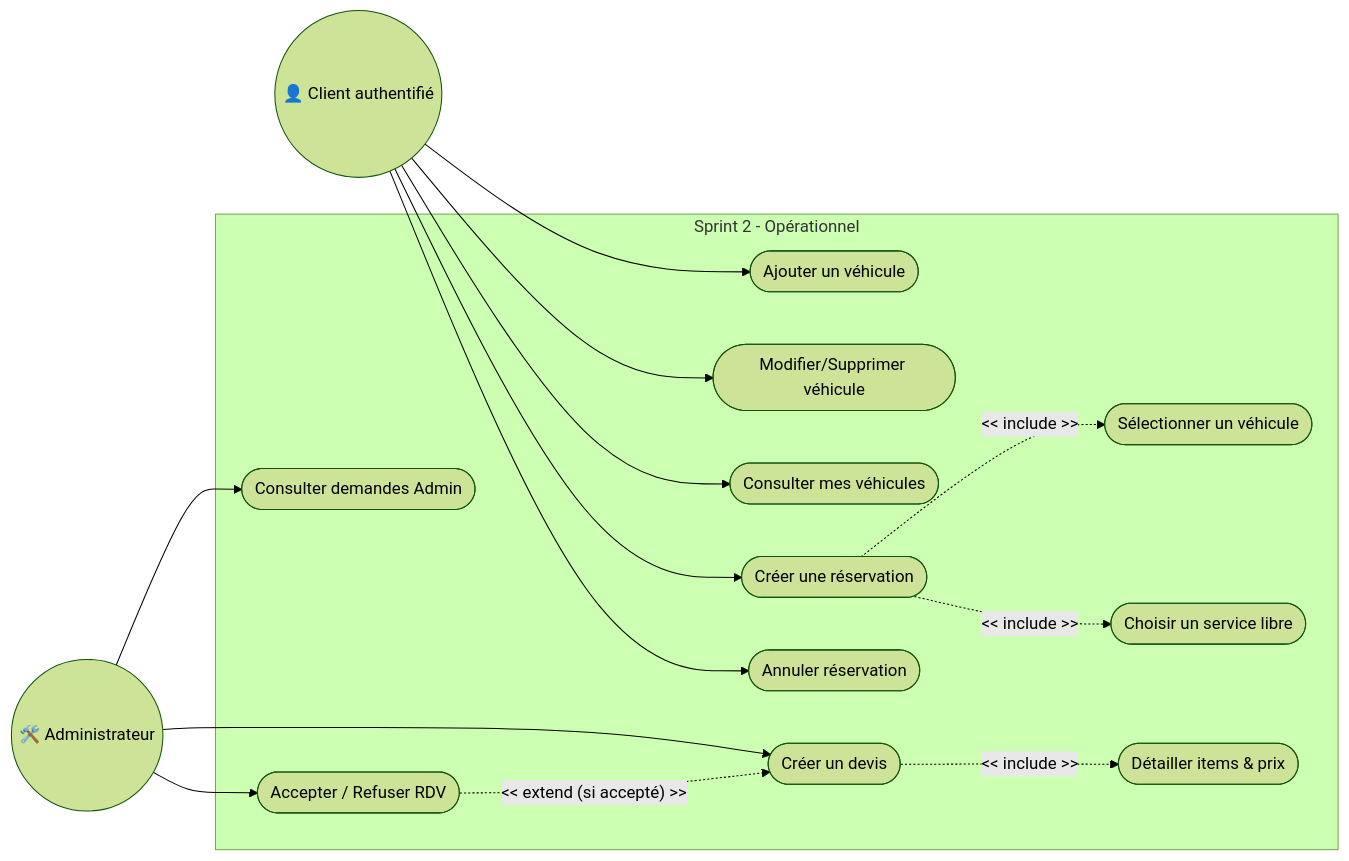
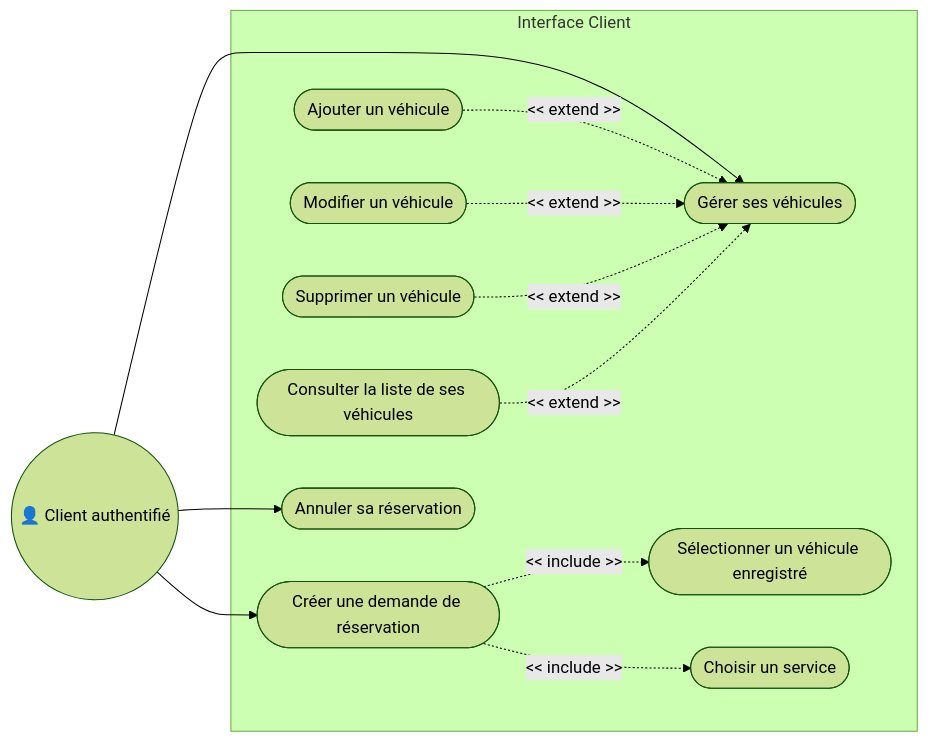
Before and after one commit to Yas-sin-e/stage: the tenth of 20 diagrams in CHAPITRE_3_FINAL.md, drawn with Mermaid (forest theme). The commit also changed other lines of this file and 4 other files, not shown here.

````diff
--- a/CHAPITRE_3_FINAL.md
+++ b/CHAPITRE_3_FINAL.md
@@ -358,36 +398,29 @@
 ```mermaid
 flowchart LR
     C(("👤 Client authentifié"))
-    A(("🛠️ Administrateur"))
 
-    subgraph Sprint 2 - Opérationnel
+    subgraph Interface Client
+        UC_GERER_V([Gérer ses véhicules])
         UC_AV([Ajouter un véhicule])
-        UC_MV([Modifier/Supprimer véhicule])
-        UC_LV([Consulter mes véhicules])
+        UC_MOD_V([Modifier un véhicule])
+        UC_DEL_V([Supprimer un véhicule])
+        UC_LV([Consulter la liste de ses véhicules])
 
-        UC_CR([Créer une réservation])
-        UC_SV([Sélectionner un véhicule])
-        UC_SS([Choisir un service libre])
-        UC_AR([Annuler réservation])
-
-        UC_DEM([Consulter demandes Admin])
-        UC_VAL([Accepter / Refuser RDV])
-        UC_DV([Créer un devis])
-        UC_IT([Détailler items & prix])
+        UC_CR([Créer une demande de réservation])
+        UC_SV([Sélectionner un véhicule enregistré])
+        UC_SS([Choisir un service])
+        UC_AR([Annuler sa réservation])
     end
 
-    C --> UC_AV
-    C --> UC_MV
-    C --> UC_LV
+    C --> UC_GERER_V
     C --> UC_CR
     C --> UC_AR
 
-    A --> UC_DEM
-    A --> UC_VAL
-    A --> UC_DV
+    UC_AV -. "<< extend >>" .-> UC_GERER_V
+    UC_MOD_V -. "<< extend >>" .-> UC_GERER_V
+    UC_DEL_V -. "<< extend >>" .-> UC_GERER_V
+    UC_LV -. "<< extend >>" .-> UC_GERER_V
 
     UC_CR -. "<< include >>" .-> UC_SV
     UC_CR -. "<< include >>" .-> UC_SS
-    UC_DV -. "<< include >>" .-> UC_IT
-    UC_VAL -. "<< extend (si accepté) >>" .-> UC_DV
 ```
````
